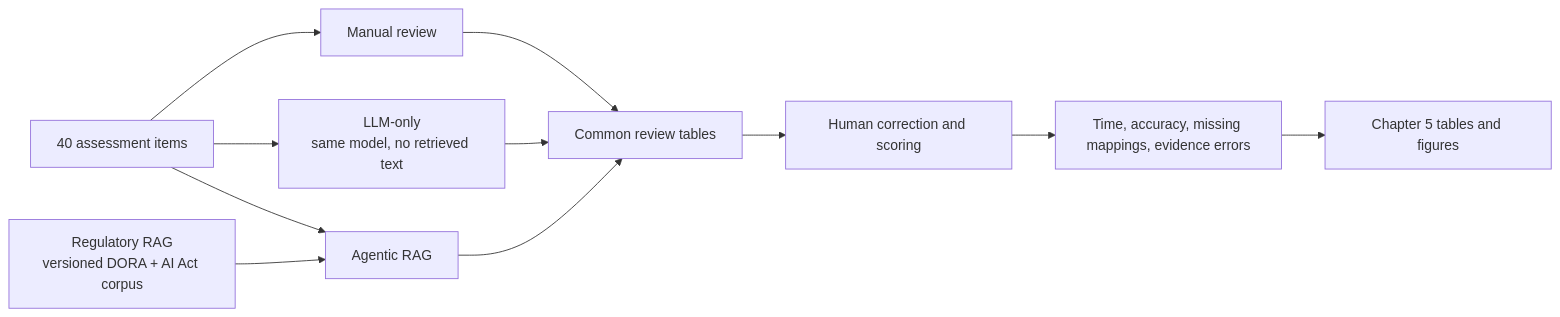
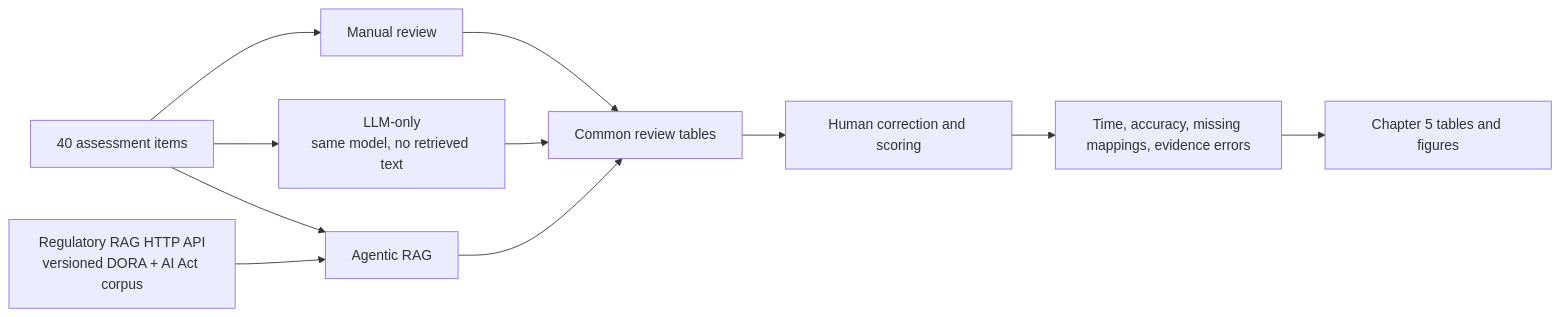
The first of 2 diagrams in thesis_outputs/system_diagrams.md (liyouqi/ai-cyber-risk-thesis), drawn with Mermaid before and after one commit. The commit also changed 18 other files, not shown here.

````diff
--- a/thesis_outputs/system_diagrams.md
+++ b/thesis_outputs/system_diagrams.md
@@ -8,13 +8,13 @@
 ```mermaid
 flowchart LR
     D[40 assessment items] --> M[Manual review]
     D --> L[LLM-only<br/>same model, no retrieved text]
     D --> A[Agentic RAG]
-    R[Regulatory RAG<br/>versioned DORA + AI Act corpus] --> A
+    R[Regulatory RAG HTTP API<br/>versioned DORA + AI Act corpus] --> A
     M --> O[Common review tables]
     L --> O
     A --> O
     O --> H[Human correction and scoring]
     H --> C[Time, accuracy, missing mappings, evidence errors]
     C --> T[Chapter 5 tables and figures]
 ```
````
